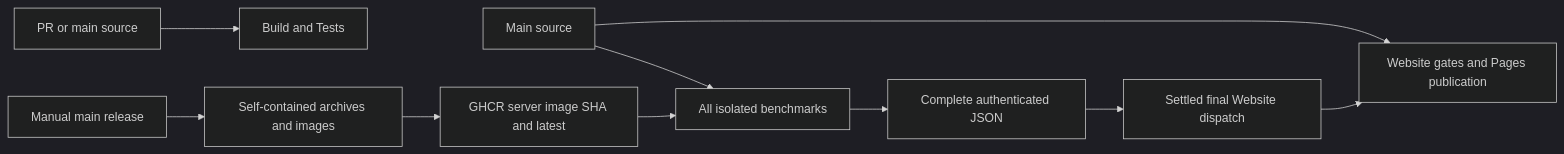
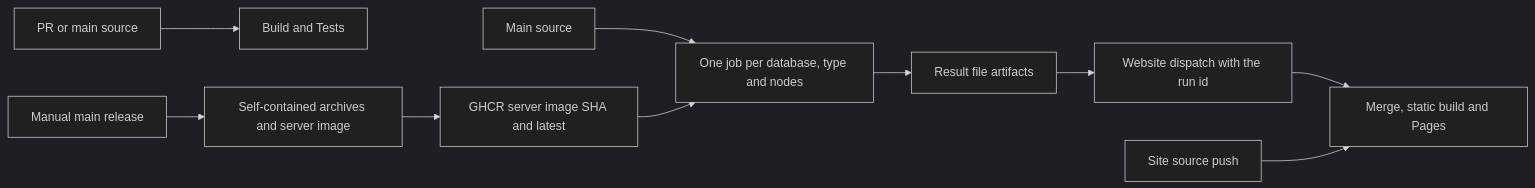
Before and after one commit to managedcode/KeyLoad: diagram 26 of 26 in docs/Architecture.md, drawn with Mermaid (dark theme). The commit also changed other lines of this file and 1064 other files, not shown here.

````diff
--- a/docs/Architecture.md
+++ b/docs/Architecture.md
@@ -827,12 +787,12 @@
 ```mermaid
 flowchart LR
     Source[PR or main source] --> CI[Build and Tests]
-    Main[Main source] --> Benchmarks[All isolated benchmarks]
-    Benchmarks --> Aggregate[Complete authenticated JSON]
-    Aggregate --> Dispatch[Settled final Website dispatch]
-    Dispatch --> Site[Website gates and Pages publication]
-    Main --> Site
-    Manual[Manual main release] --> Build[Self-contained archives and images]
+    Main[Main source] --> Benchmarks[One job per database, type and nodes]
+    Benchmarks --> Files[Result file artifacts]
+    Files --> Dispatch[Website dispatch with the run id]
+    Dispatch --> Site[Merge, static build and Pages]
+    SiteSource[Site source push] --> Site
+    Manual[Manual main release] --> Build[Self-contained archives and server image]
     Build --> Registry[GHCR server image SHA and latest]
     Registry --> Benchmarks
 ```
````
